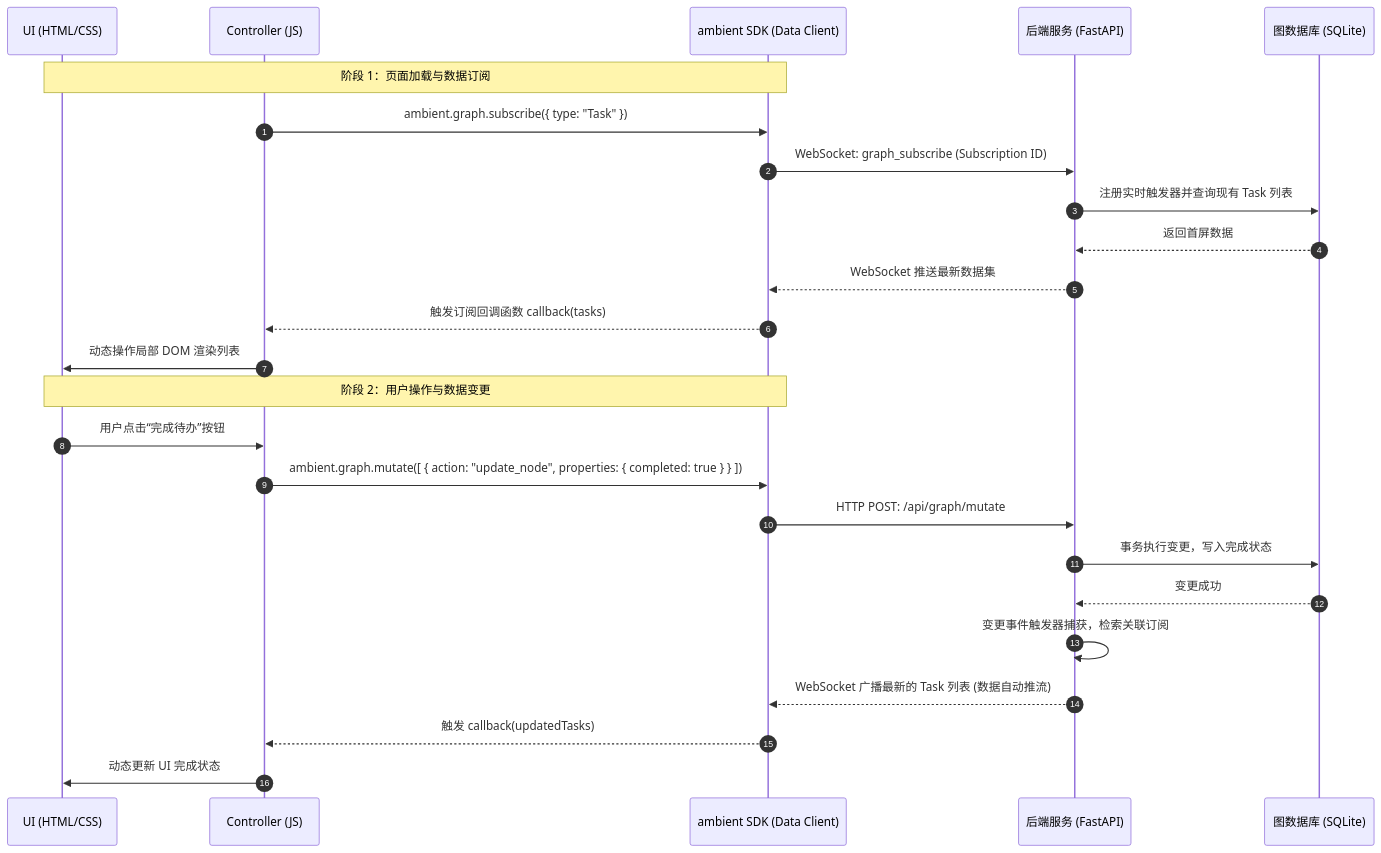
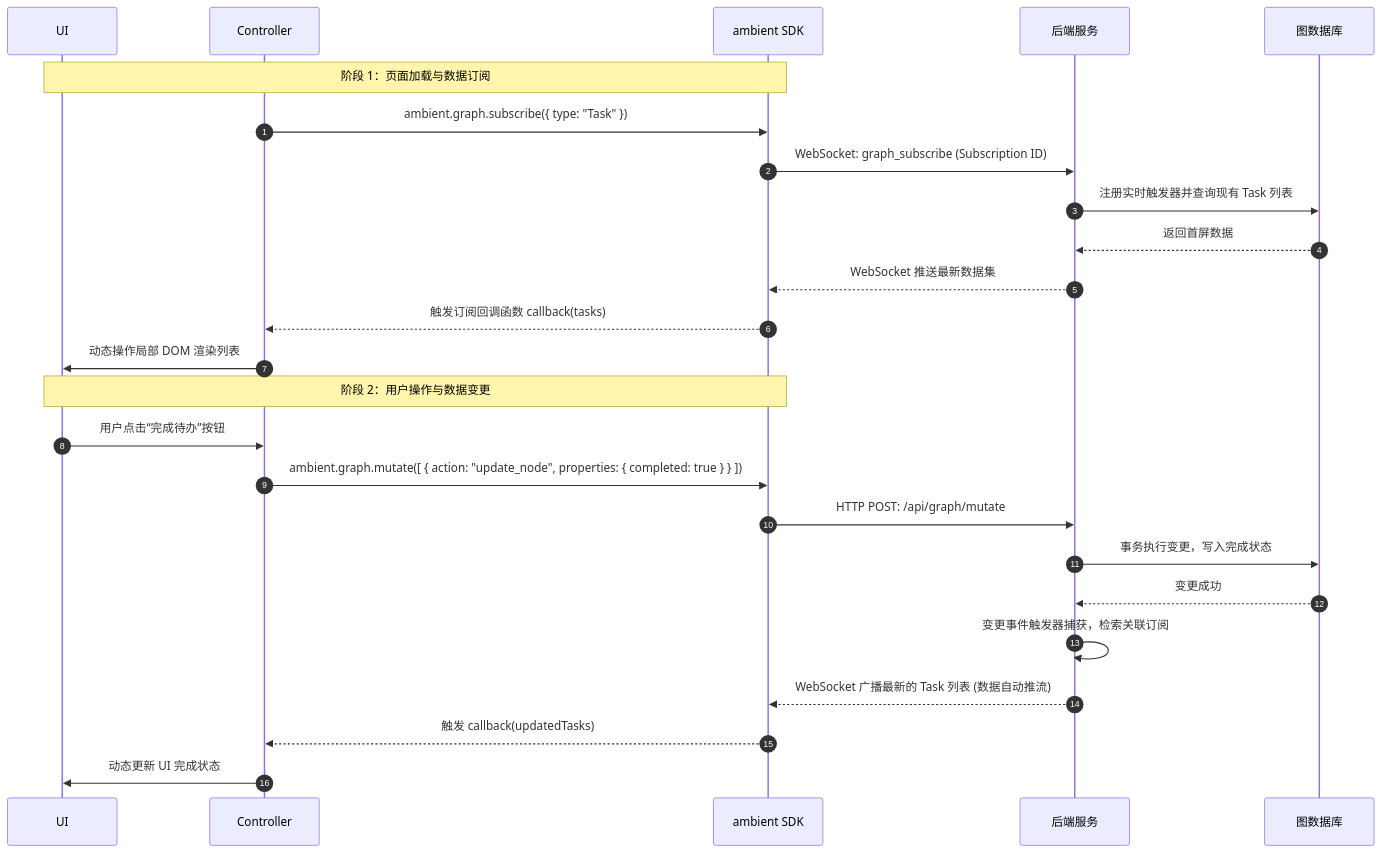
The diagram in docs/architecture/apps.md (BillShiyaoZhang/ambient-agent), drawn with Mermaid before and after one commit. The commit also changed other lines of this file and 10 other files, not shown here.

````diff
--- a/docs/architecture/apps.md
+++ b/docs/architecture/apps.md
@@ -51,29 +47,29 @@
 ```mermaid
 sequenceDiagram
     autonumber
-    participant UI as UI (HTML/CSS)
-    participant Ctrl as Controller (JS)
-    participant SDK as ambient SDK (Data Client)
-    participant BE as 后端服务 (FastAPI)
-    participant DB as 图数据库 (SQLite)
+    participant UI as UI
+    participant Ctrl as Controller
+    participant SDK as ambient SDK
+    participant BE as 后端服务
+    participant DB as 图数据库
 
     Note over UI, SDK: 阶段 1：页面加载与数据订阅
     Ctrl->>SDK: ambient.graph.subscribe({ type: "Task" })
     SDK->>BE: WebSocket: graph_subscribe (Subscription ID)
     BE->>DB: 注册实时触发器并查询现有 Task 列表
     DB-->>BE: 返回首屏数据
     BE-->>SDK: WebSocket 推送最新数据集
     SDK-->>Ctrl: 触发订阅回调函数 callback(tasks)
     Ctrl->>UI: 动态操作局部 DOM 渲染列表
 
     Note over UI, SDK: 阶段 2：用户操作与数据变更
     UI->>Ctrl: 用户点击“完成待办”按钮
     Ctrl->>SDK: ambient.graph.mutate([ { action: "update_node", properties: { completed: true } } ])
     SDK->>BE: HTTP POST: /api/graph/mutate
     BE->>DB: 事务执行变更，写入完成状态
     DB-->>BE: 变更成功
     BE->>BE: 变更事件触发器捕获，检索关联订阅
     BE-->>SDK: WebSocket 广播最新的 Task 列表 (数据自动推流)
     SDK-->>Ctrl: 触发 callback(updatedTasks)
     Ctrl->>UI: 动态更新 UI 完成状态
 ```
````
